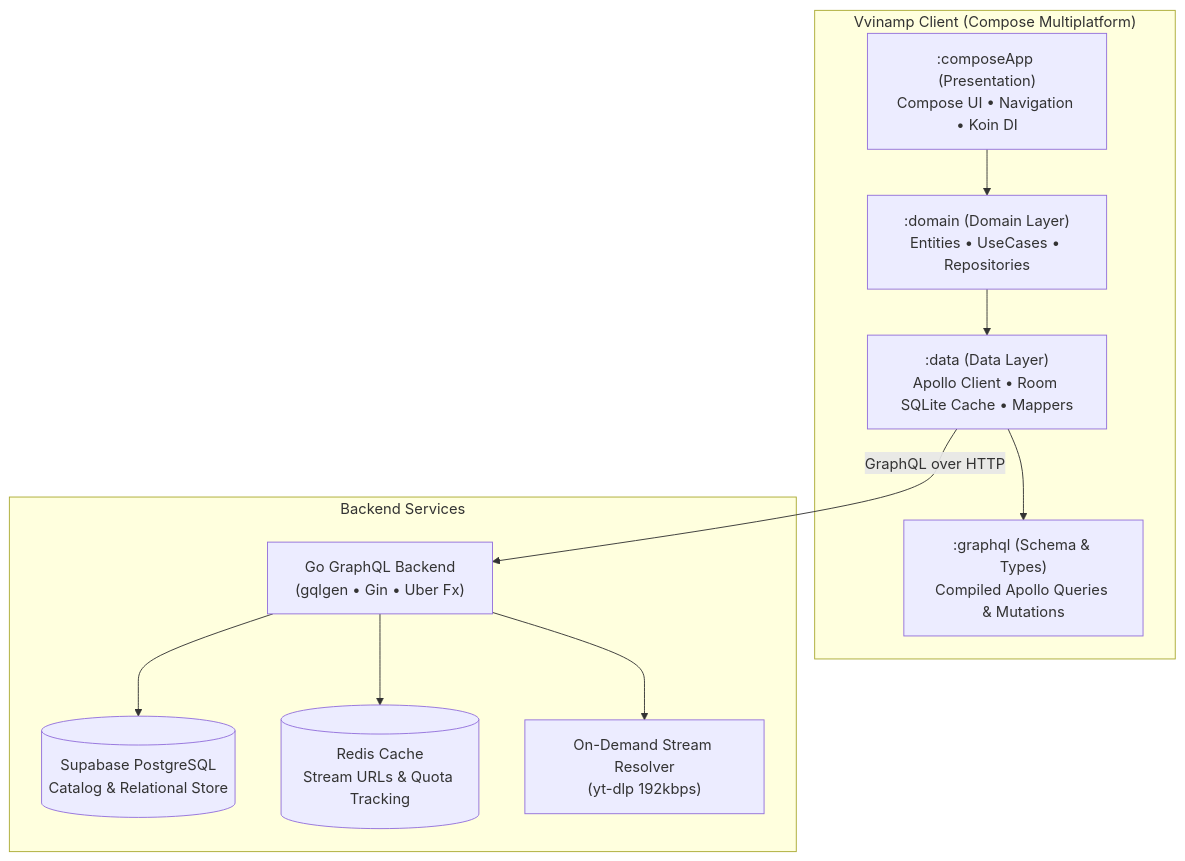
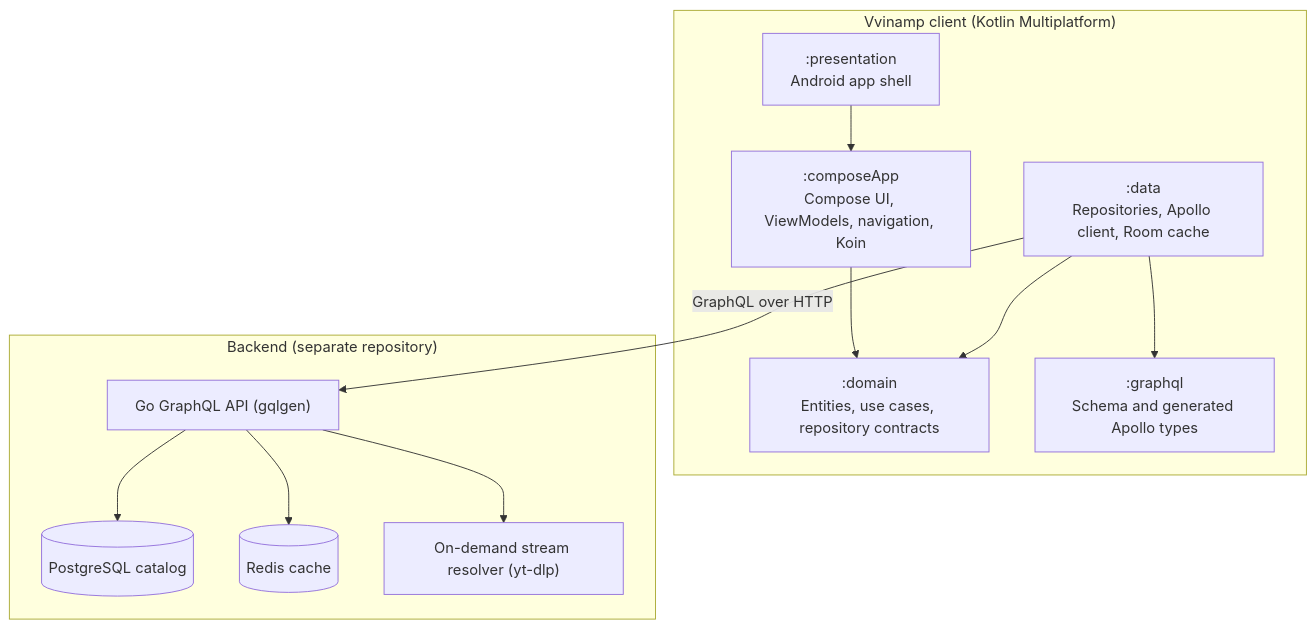
The diagram in ReadMe.md (JoeJohnRio/VvinampApp), drawn with Mermaid before and after one commit. The commit also changed other lines of this file and 69 other files, not shown here.

````diff
--- a/ReadMe.md
+++ b/ReadMe.md
@@ -17,24 +22,26 @@
 ```mermaid
 graph TD
-    subgraph Client["Vvinamp Client (Compose Multiplatform)"]
-        UI[":composeApp (Presentation)\nCompose UI • Navigation • Koin DI"]
-        Domain[":domain (Domain Layer)\nEntities • UseCases • Repositories"]
-        Data[":data (Data Layer)\nApollo Client • Room SQLite Cache • Mappers"]
-        GQL[":graphql (Schema & Types)\nCompiled Apollo Queries & Mutations"]
+    subgraph Client["Vvinamp client (Kotlin Multiplatform)"]
+        App[":presentation\nAndroid app shell"]
+        UI[":composeApp\nCompose UI, ViewModels, navigation, Koin"]
+        Domain[":domain\nEntities, use cases, repository contracts"]
+        Data[":data\nRepositories, Apollo client, Room cache"]
+        GQL[":graphql\nSchema and generated Apollo types"]
     end
 
-    subgraph Backend["Backend Services"]
-        GoAPI["Go GraphQL Backend\n(gqlgen • Gin • Uber Fx)"]
-        DB[("Supabase PostgreSQL\nCatalog & Relational Store")]
-        RedisCache[("Redis Cache\nStream URLs & Quota Tracking")]
-        YTDLP["On-Demand Stream Resolver\n(yt-dlp 192kbps)"]
+    subgraph Backend["Backend (separate repository)"]
+        GoAPI["Go GraphQL API (gqlgen)"]
+        DB[("PostgreSQL catalog")]
+        Cache[("Redis cache")]
+        Resolver["On-demand stream resolver (yt-dlp)"]
     end
 
+    App --> UI
     UI --> Domain
-    Domain --> Data
+    Data --> Domain
     Data --> GQL
     Data -->|"GraphQL over HTTP"| GoAPI
     GoAPI --> DB
-    GoAPI --> RedisCache
-    GoAPI --> YTDLP
+    GoAPI --> Cache
+    GoAPI --> Resolver
 ```
````
